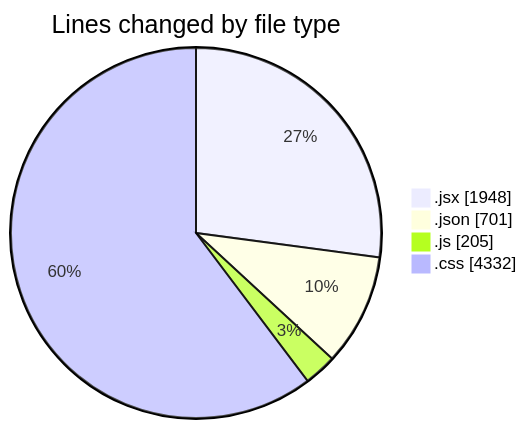
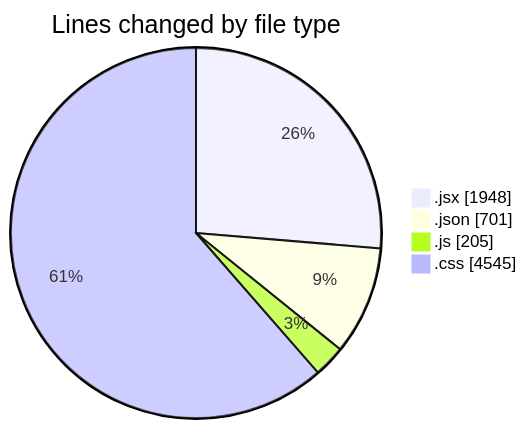
Before and after one commit to BS-eng2023/code-tracking: the first of 2 diagrams in 2025-05-04/project/README.md, drawn with Mermaid. The commit also changed other lines of this file and 1 other file, not shown here.

````diff
--- a/2025-05-04/project/README.md
+++ b/2025-05-04/project/README.md
@@ -43,8 +43,8 @@
 ```mermaid
 pie showData
 title Lines changed by file type
 ".jsx" : 1948
 ".json" : 701
 ".js" : 205
-".css" : 4332
+".css" : 4545
 ```
````
